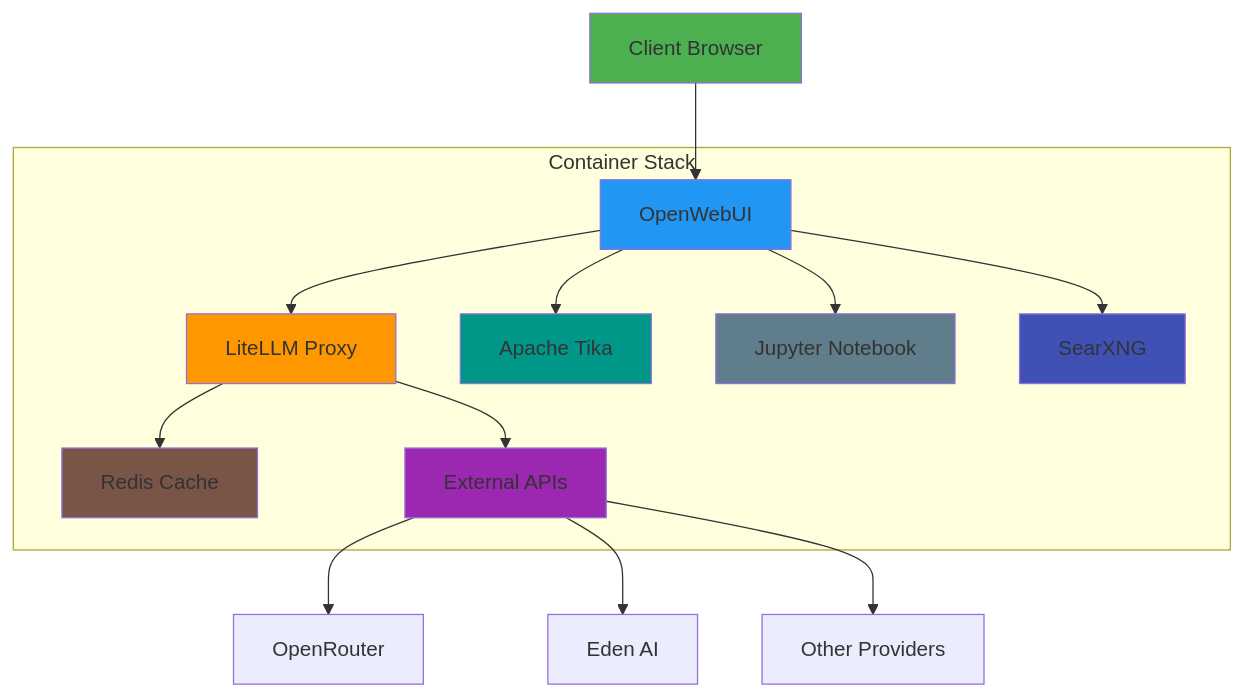
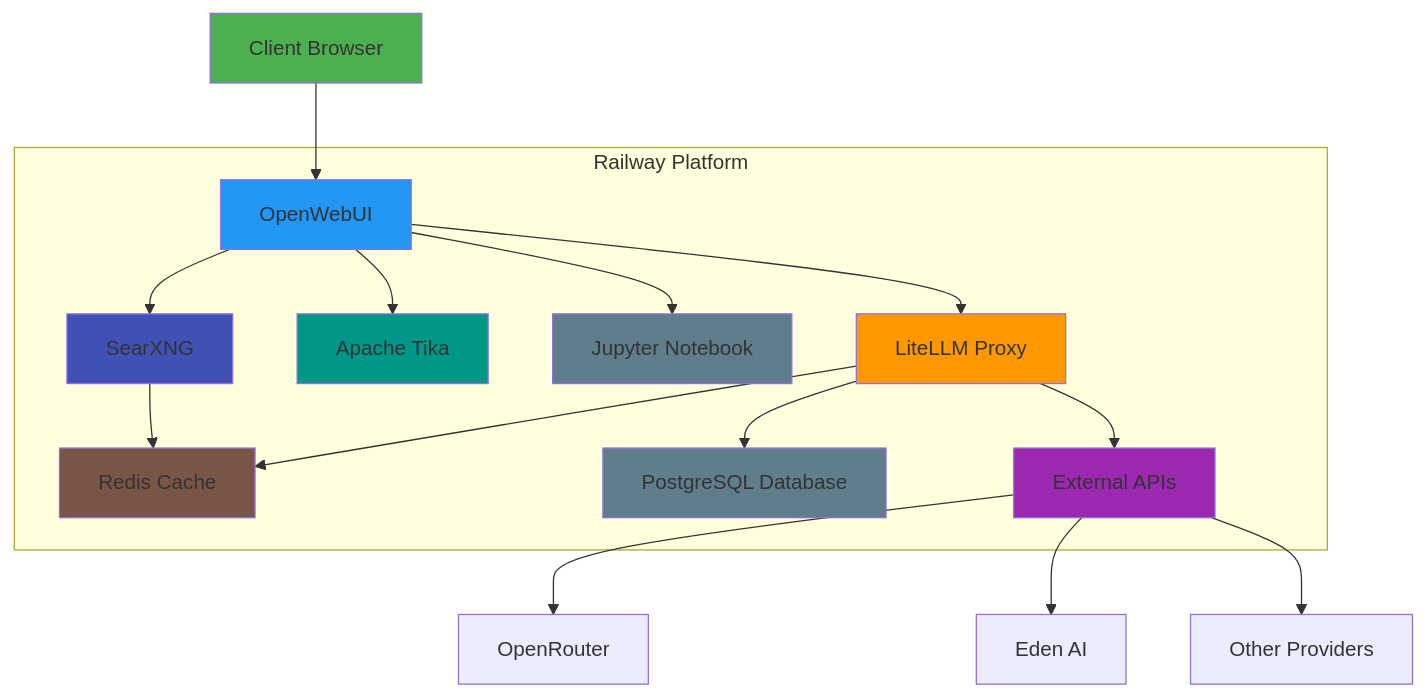
The first of 2 diagrams in docs/unified-platform-architecture.md (sudharsan-007/aihub), drawn with Mermaid before and after one commit. The commit also changed other lines of this file and 40 other files, not shown here.

````diff
--- a/docs/unified-platform-architecture.md
+++ b/docs/unified-platform-architecture.md
@@ -45,27 +40,31 @@
 ```mermaid
 graph TD
     Client[Client Browser] --> OWU[OpenWebUI]
     
-    subgraph "Container Stack"
+    subgraph "Railway Platform"
         OWU --> LITELLM[LiteLLM Proxy]
         OWU --> TIKA[Apache Tika]
         OWU --> JUPYTER[Jupyter Notebook]
         OWU --> SEARXNG[SearXNG]
         
         LITELLM --> REDIS[Redis Cache]
+        LITELLM --> POSTGRES[PostgreSQL Database]
         LITELLM --> APIS[External APIs]
+        
+        SEARXNG --> REDIS
     end
     
     APIS --> OR[OpenRouter]
     APIS --> EA[Eden AI]
     APIS --> OTHERS[Other Providers]
     
     style Client fill:#4CAF50
     style OWU fill:#2196F3
     style LITELLM fill:#FF9800
     style APIS fill:#9C27B0
     style REDIS fill:#795548
+    style POSTGRES fill:#607D8B
     style TIKA fill:#009688
     style JUPYTER fill:#607D8B
     style SEARXNG fill:#3F51B5
 ```
````
